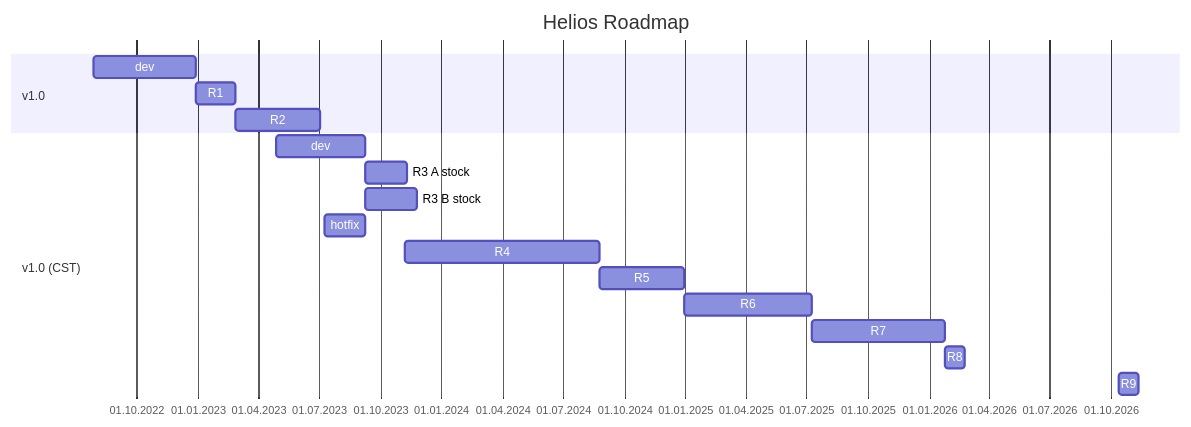
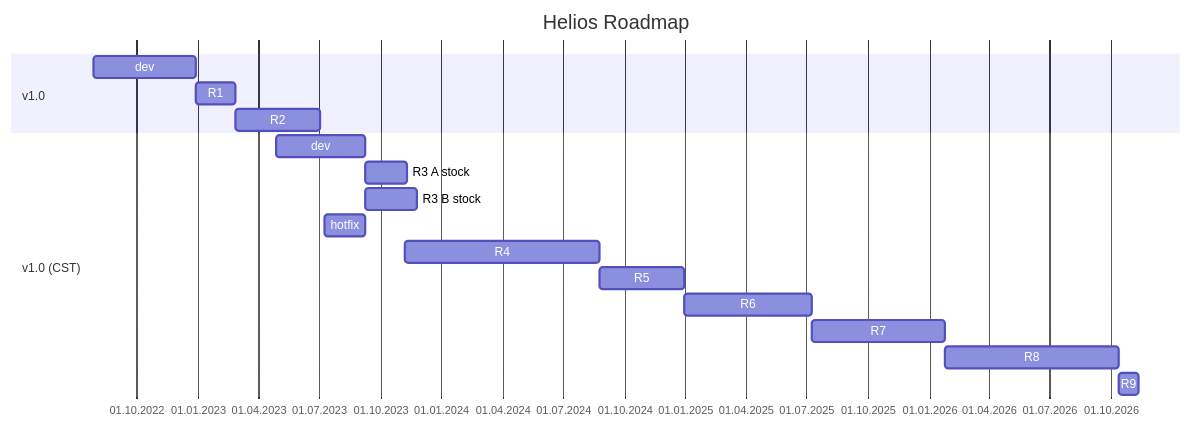
The diagram in content/instructions/0xcb-helios/infos/index.md (0xCB-dev/docs.keeb.supply), drawn with Mermaid before and after one commit.

````diff
--- a/content/instructions/0xcb-helios/infos/index.md
+++ b/content/instructions/0xcb-helios/infos/index.md
@@ -37,25 +37,25 @@
 ```mermaid
 
 
 
 gantt
     title Helios Roadmap
     todayMarker off
     dateFormat  YYYY-MM-DD
     axisFormat %d.%m.%Y
     section v1.0
     dev                         :2022-07-28, 22w
     R1                          :2022-12-28, 2023-02-26
     R2                          :2023-02-26, 2023-07-02
     section v1.0 (CST)
     dev                         :2023-04-28, 2023-09-09
     R3 A stock                  :2023-09-09, 2023-11-10
     R3 B stock                  :2023-09-09, 2023-11-25
     hotfix                      :2023-07-10, 60d
     R4                          :2023-11-06, 2024-08-25
     R5                          :2024-08-25, 2024-12-30
     R6                          :2024-12-30, 2025-07-09
     R7                          :2025-07-09, 2026-01-24
-    R8                          :2026-01-24, 30d
+    R8                          :2026-01-24, 2026-10-12
     R9                          :2026-10-12, 30d
 ```
````
